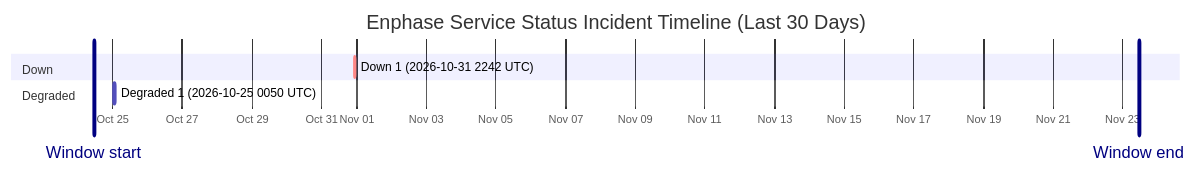
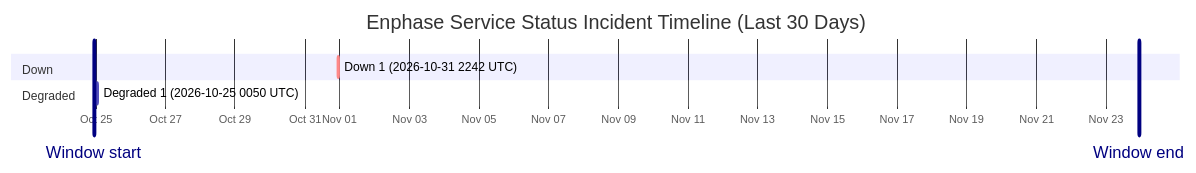
One commit to barneyonline/ha-enphase-energy changed the diagram in wiki/Service-Status-History.md. Above: the diagram before and after it, drawn with Mermaid. The commit also changed other lines of this file and 3 other files, not shown here.

````diff
--- a/wiki/Service-Status-History.md
+++ b/wiki/Service-Status-History.md
@@ -14,12 +14,12 @@
 ```mermaid
 gantt
     title Enphase Service Status Incident Timeline (Last 30 Days)
     dateFormat  YYYY-MM-DDTHH:mm:ss
     axisFormat  %b %d
-    Window start :vert, window-start, 2026-10-24T11:00:55, 0ms
-    Window end :vert, window-end, 2026-11-23T11:00:55, 0ms
+    Window start :vert, window-start, 2026-10-24T22:49:14, 0ms
+    Window end :vert, window-end, 2026-11-23T22:49:14, 0ms
     section Down
     Down 1 (2026-10-31 2242 UTC) :crit, down-1, 2026-10-31T22:42:18, 60m
     section Degraded
     Degraded 1 (2026-10-25 0050 UTC) :active, degraded-1, 2026-10-25T00:50:01, 60m
 ```
````
